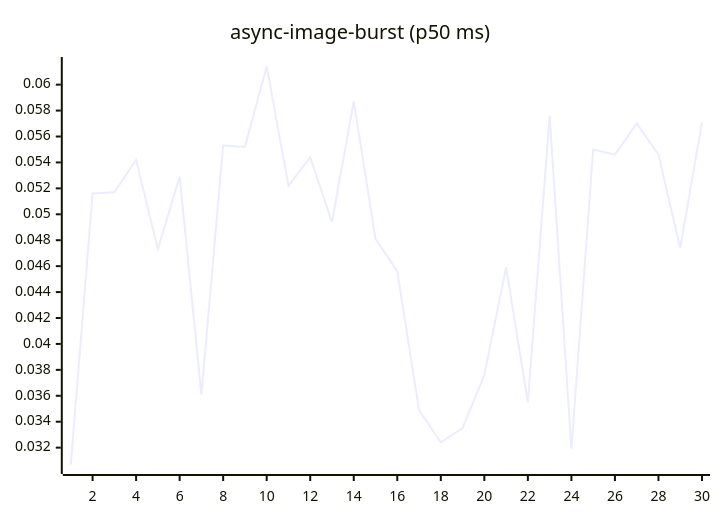
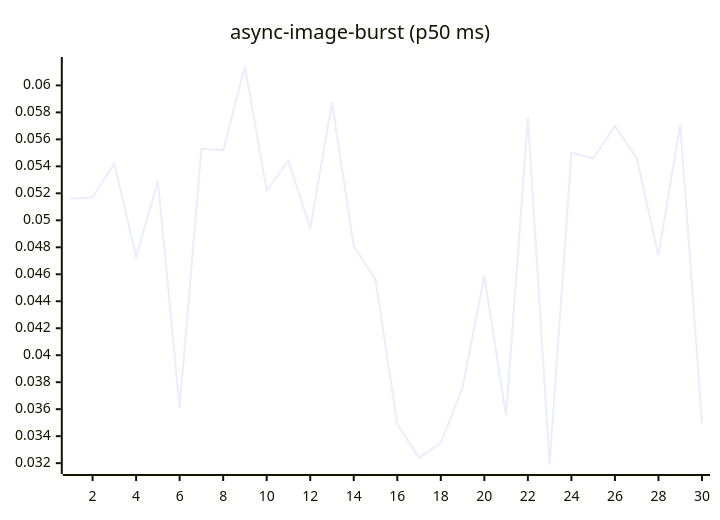
One commit to josha/Facet changed the fourth of 27 diagrams in README.md. Above: the diagram before and after it, drawn with Mermaid. The commit also changed other lines of this file and 2 other files, not shown here.

````diff
--- a/README.md
+++ b/README.md
@@ -84,6 +84,6 @@
 ```mermaid
 xychart-beta
     title "async-image-burst (p50 ms)"
     x-axis 1 --> 30
-    line [0.0307, 0.0516, 0.0517, 0.0542, 0.0473, 0.0529, 0.0361, 0.0553, 0.0552, 0.0614, 0.0522, 0.0544, 0.0494, 0.0587, 0.0481, 0.0456, 0.0349, 0.0324, 0.0335, 0.0376, 0.0459, 0.0355, 0.0576, 0.0319, 0.0550, 0.0546, 0.0570, 0.0546, 0.0474, 0.0571]
+    line [0.0516, 0.0517, 0.0542, 0.0473, 0.0529, 0.0361, 0.0553, 0.0552, 0.0614, 0.0522, 0.0544, 0.0494, 0.0587, 0.0481, 0.0456, 0.0349, 0.0324, 0.0335, 0.0376, 0.0459, 0.0355, 0.0576, 0.0319, 0.0550, 0.0546, 0.0570, 0.0546, 0.0474, 0.0571, 0.0350]
 ```
````
